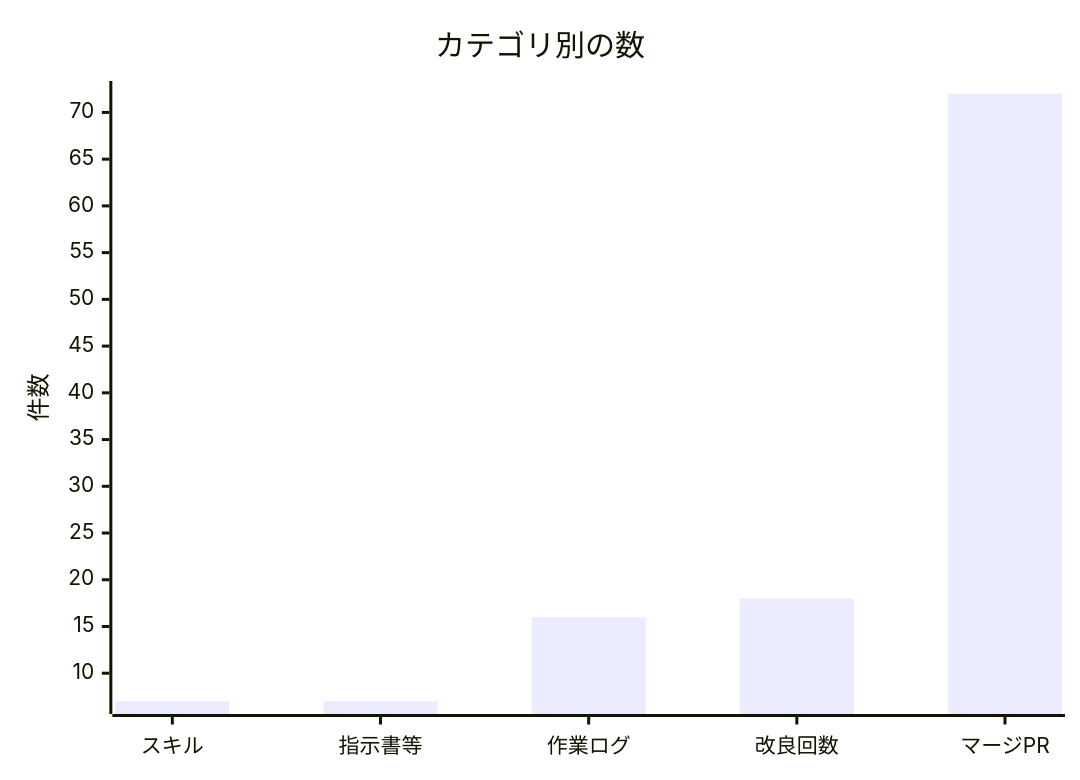
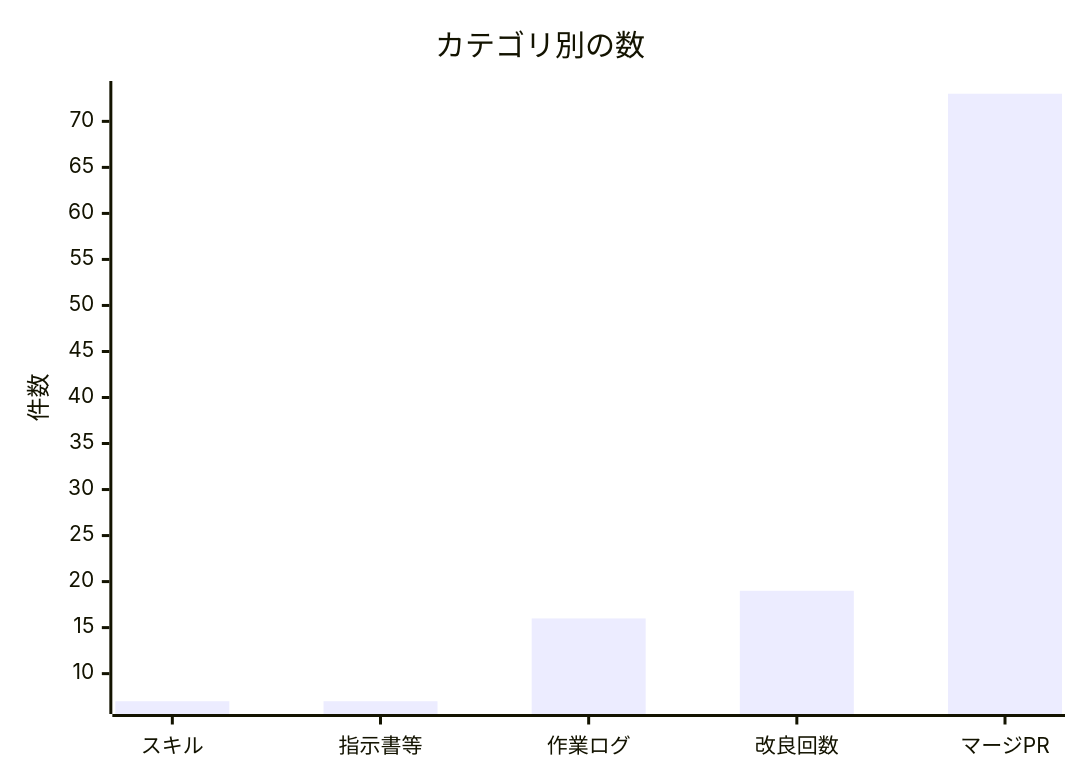
The second of 2 diagrams in docs/進化レポート.md (non-x2/non-x2), drawn with Mermaid before and after one commit. The commit also changed other lines of this file and 8 other files, not shown here.

````diff
--- a/docs/進化レポート.md
+++ b/docs/進化レポート.md
@@ -33,7 +33,7 @@
 ```mermaid
 xychart-beta
     title "カテゴリ別の数"
     x-axis ["スキル", "指示書等", "作業ログ", "改良回数", "マージPR"]
     y-axis "件数"
-    bar [7, 7, 16, 18, 72]
+    bar [7, 7, 16, 19, 73]
 ```
````
